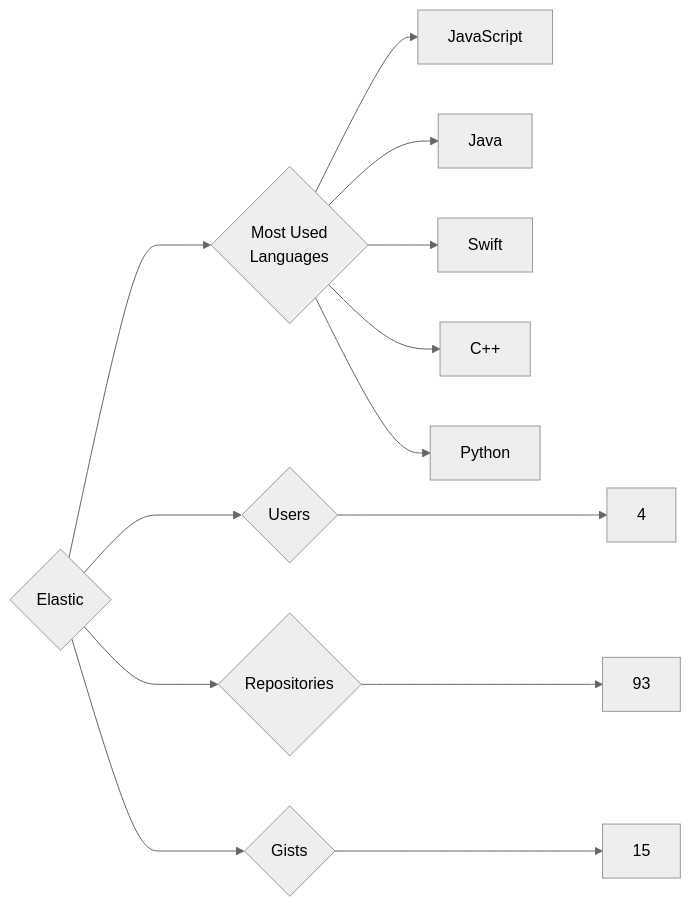
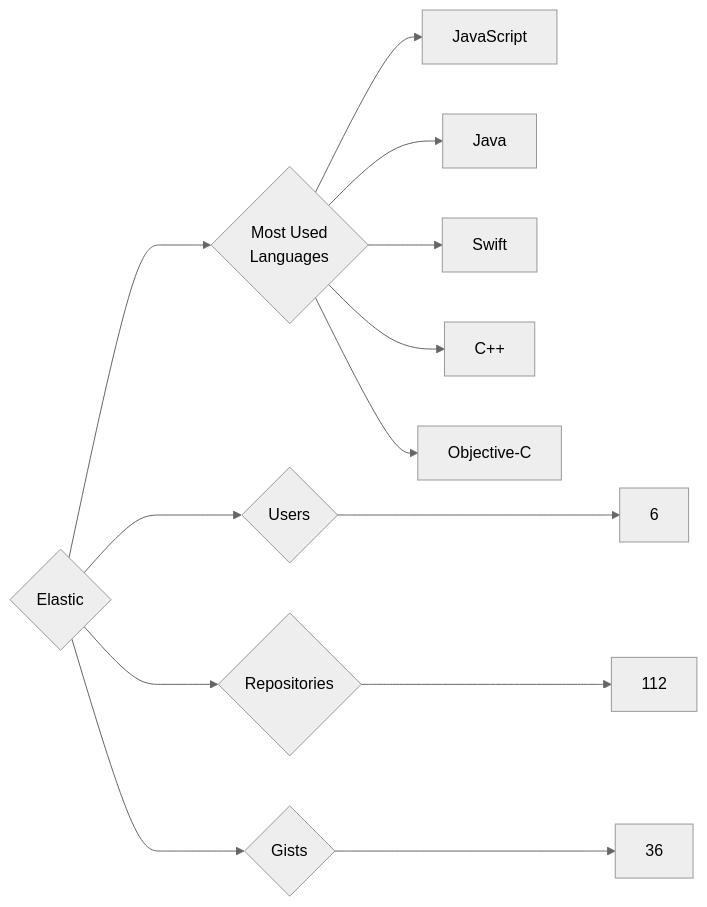
Before and after one commit to trickest/insiders: the diagram in targets/Elastic/README.md, drawn with Mermaid (neutral theme). The commit also changed 1023 other files, not shown here.

````diff
--- a/targets/Elastic/README.md
+++ b/targets/Elastic/README.md
@@ -3,13 +3,13 @@
 ```mermaid
 graph LR
 COMPANY_NAME{Elastic}
-COMPANY_NAME ---> U{Users} ---> UN[4]
-COMPANY_NAME ---> R{Repositories} ---> RN[93]
-COMPANY_NAME ---> G{Gists} ---> GN[15]
+COMPANY_NAME ---> U{Users} ---> UN[6]
+COMPANY_NAME ---> R{Repositories} ---> RN[112]
+COMPANY_NAME ---> G{Gists} ---> GN[36]
 COMPANY_NAME ---> ML{Most Used<br>Languages}
 ML --> JavaScript[JavaScript]
 ML --> Java[Java]
 ML --> Swift[Swift]
 ML --> C++[C++]
-ML --> Python[Python]
+ML --> Objective-C[Objective-C]
 ```
````
